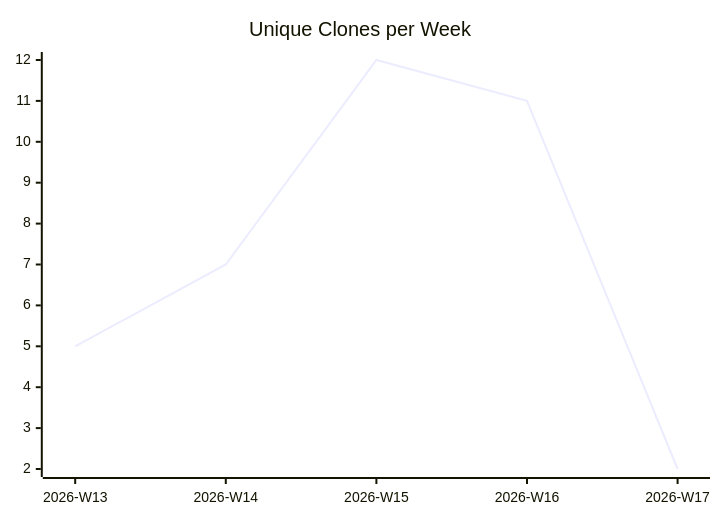
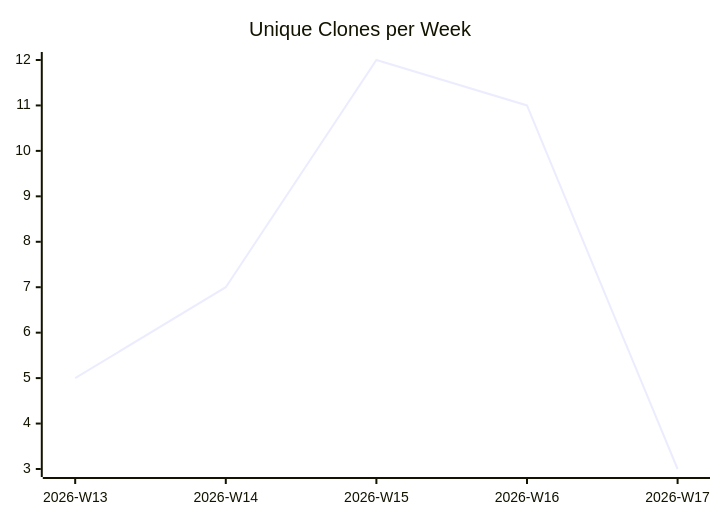
The third of 3 diagrams in karlmdavis/fhir-benchmarks/README.md (justdavis-family/github-analytics-data), drawn with Mermaid before and after one commit. The commit also changed other lines of this file and 197 other files, not shown here.

````diff
--- a/karlmdavis/fhir-benchmarks/README.md
+++ b/karlmdavis/fhir-benchmarks/README.md
@@ -19,6 +19,6 @@
 ```mermaid
 xychart-beta
   title "Unique Clones per Week"
   x-axis ["2026-W13", "2026-W14", "2026-W15", "2026-W16", "2026-W17"]
-  line [5, 7, 12, 11, 2]
+  line [5, 7, 12, 11, 3]
 ```
````
